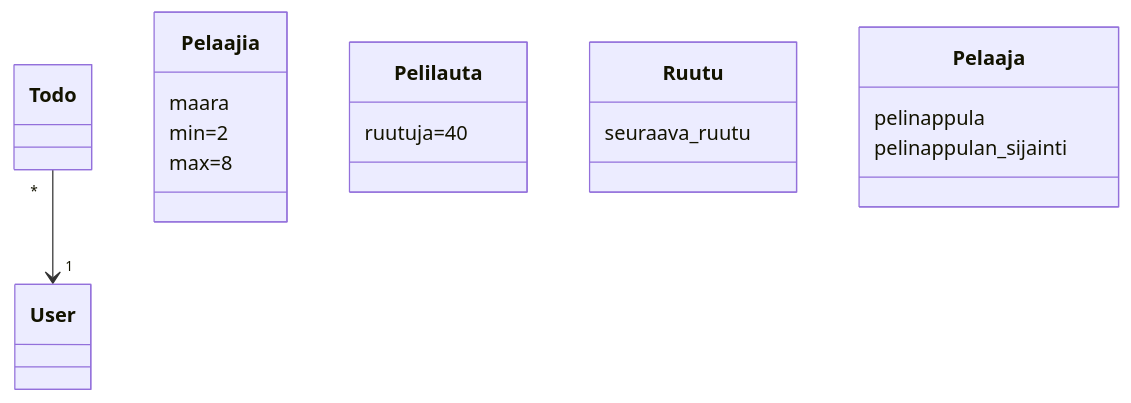
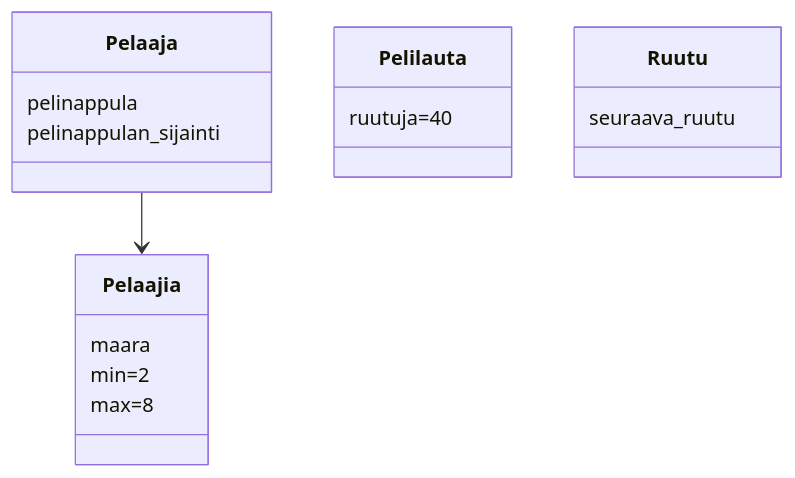
The diagram in laskarit/viikko3/monopoli.md (Nanotiike/ot-harjoitustyo), drawn with Mermaid before and after one commit.

````diff
--- a/laskarit/viikko3/monopoli.md
+++ b/laskarit/viikko3/monopoli.md
@@ -1,19 +1,19 @@
 ```mermaid
  classDiagram
-      Todo "*" --> "1" User
+      Pelaaja --> Pelaajia
       class Pelaajia{
           maara
 	  min=2
 	  max=8
       }
       class Pelilauta{
           ruutuja=40
       }
       class Ruutu{
           seuraava_ruutu 
       }
       class Pelaaja{
           pelinappula
 	  pelinappulan_sijainti
       }
 ```
````
